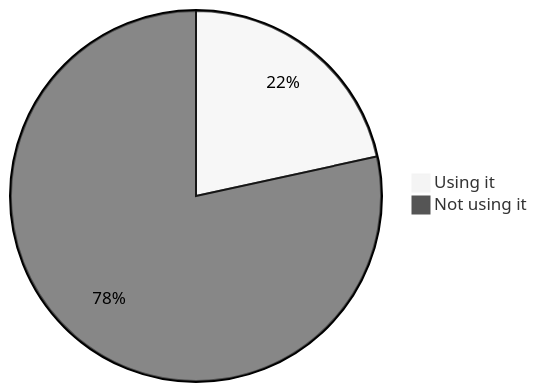
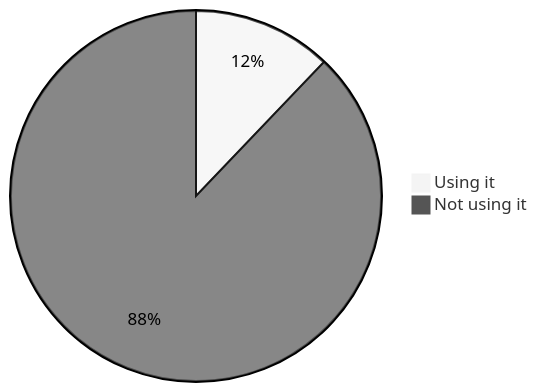
One commit to oshp/oshp-stats changed the fourth of 18 diagrams in stats.md. Above: the diagram before and after it, drawn with Mermaid (neutral theme). The commit also changed other lines of this file and 1 other file, not shown here.

````diff
--- a/stats.md
+++ b/stats.md
@@ -44,6 +44,6 @@
 ```mermaid
 pie
-	"Using it" : 21.58
-	"Not using it" : 78.42
+	"Using it" : 12.13
+	"Not using it" : 87.86
 
 ```
````
